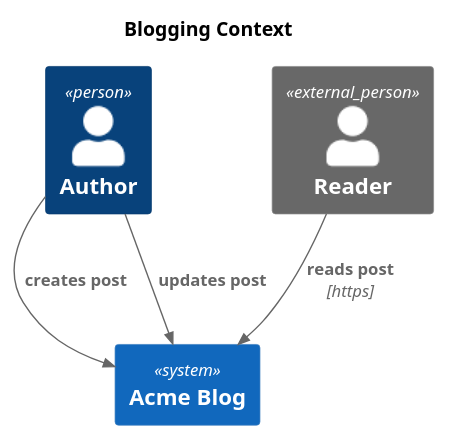
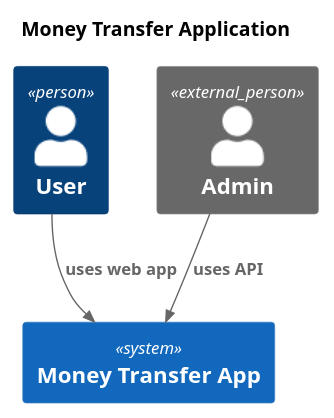
The diagram in c4-context-diagram.puml (PracticalSoftwareEngineeringWorkshop/money-transfer-api), drawn with PlantUML before and after one commit. The commit also changed 20 other files, not shown here.

Commit message:
C4 diagrams added Fly.io config added Dockerfile included maven build/package

```diff
--- a/c4-context-diagram.puml
+++ b/c4-context-diagram.puml
@@ -1,13 +1,13 @@
-@startuml blogging-context
-title Blogging Context
+@startuml money_transfer_app_context
+title Money Transfer Application
 !include https://raw.githubusercontent.com/plantuml-stdlib/C4-PlantUML/master/C4_Deployment.puml
 
-Person(author, "Author")
-System(blog, "Acme Blog")
-Rel(author, blog, "creates post")
-Rel(author, blog, "updates post")
+Person(user, "User")
+System(system, "Money Transfer App")
 
-Person_Ext(reader, "Reader")
-Rel(reader, blog, "reads post", "https")
+Rel(user, system, "uses web app")
+
+Person_Ext(admin, "Admin")
+Rel(admin, system, "uses API")
 
 @enduml
```
